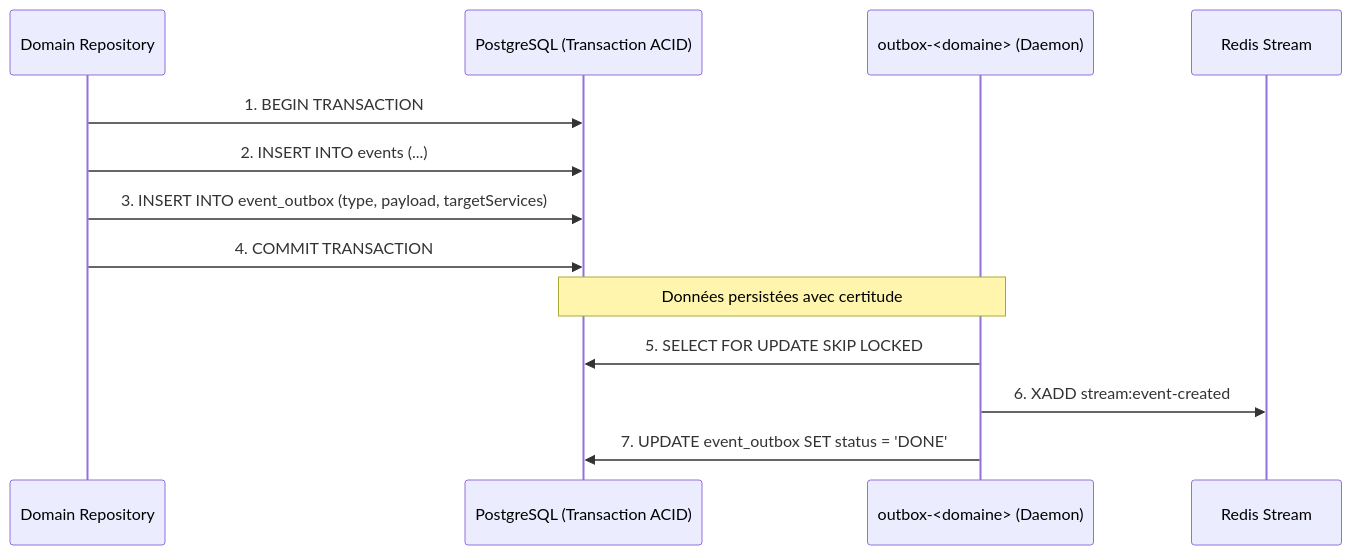
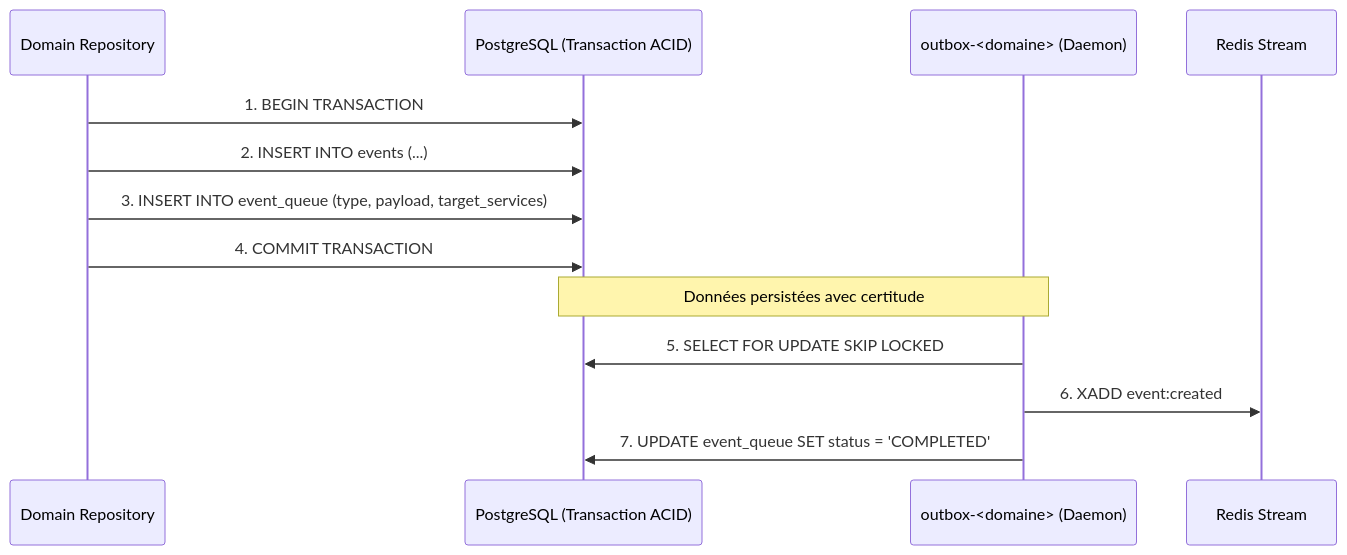
Before and after one commit to Volontariapp/meta: the diagram in .agents/skills/global/implement-async-event-flow/references/02-transactional-outbox.md, drawn with Mermaid. The commit also changed other lines of this file and 10 other files, not shown here.

Commit message:
feat(skills): update async flow + file storage

````diff
--- a/.agents/skills/global/implement-async-event-flow/references/02-transactional-outbox.md
+++ b/.agents/skills/global/implement-async-event-flow/references/02-transactional-outbox.md
@@ -16,16 +16,16 @@
 ```mermaid
 sequenceDiagram
     participant Repo as Domain Repository
     participant PG as PostgreSQL (Transaction ACID)
     participant Runner as outbox-<domaine> (Daemon)
     participant Redis as Redis Stream
 
     Repo->>PG: 1. BEGIN TRANSACTION
     Repo->>PG: 2. INSERT INTO events (...)
-    Repo->>PG: 3. INSERT INTO event_outbox (type, payload, targetServices)
+    Repo->>PG: 3. INSERT INTO event_queue (type, payload, target_services)
     Repo->>PG: 4. COMMIT TRANSACTION
     Note over PG, Runner: Données persistées avec certitude
     Runner->>PG: 5. SELECT FOR UPDATE SKIP LOCKED
-    Runner->>Redis: 6. XADD stream:event-created
-    Runner->>PG: 7. UPDATE event_outbox SET status = 'DONE'
+    Runner->>Redis: 6. XADD event:created
+    Runner->>PG: 7. UPDATE event_queue SET status = 'COMPLETED'
 ```
````
